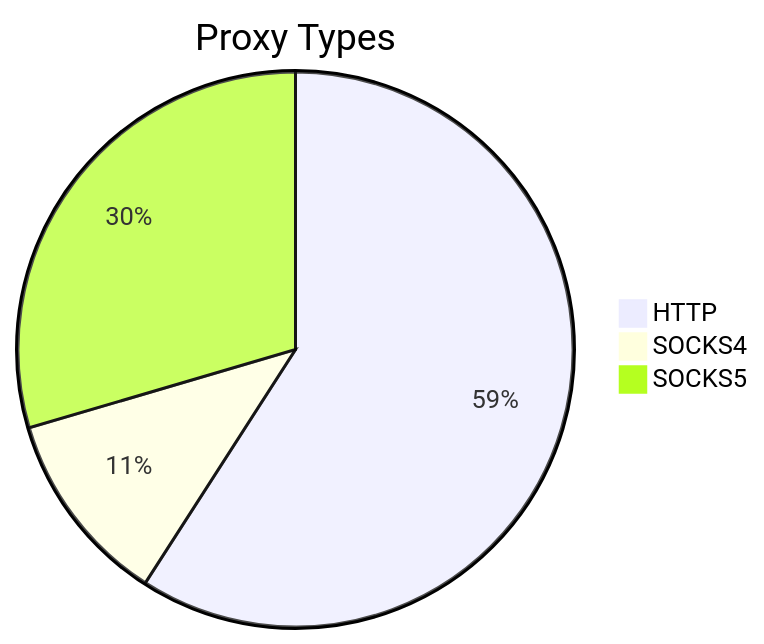
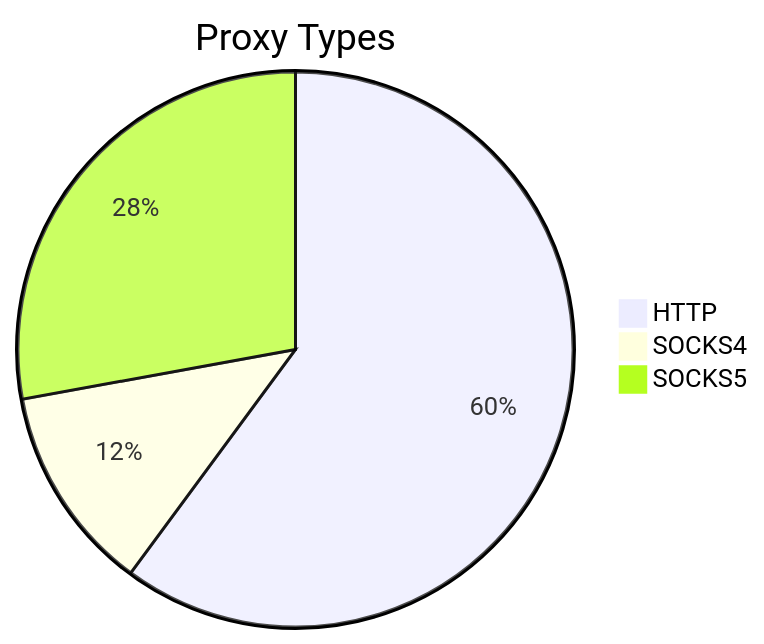
Before and after one commit to stormsia/proxy-list: the first of 2 diagrams in README.md, drawn with Mermaid. The commit also changed other lines of this file, not shown here.

````diff
--- a/README.md
+++ b/README.md
@@ -21,6 +21,6 @@
 ```mermaid
 pie title Proxy Types
-    "HTTP" : 380
-    "SOCKS4" : 73
-    "SOCKS5" : 190
+    "HTTP" : 315
+    "SOCKS4" : 63
+    "SOCKS5" : 146
 ```
````
